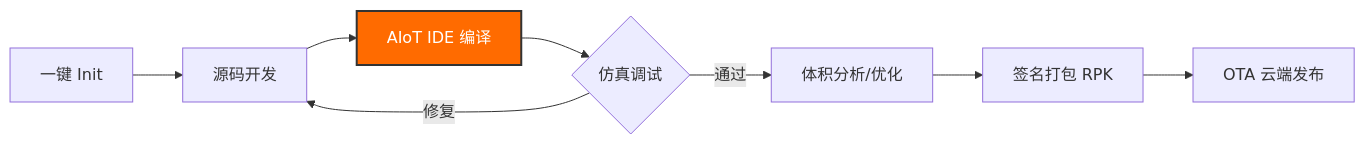
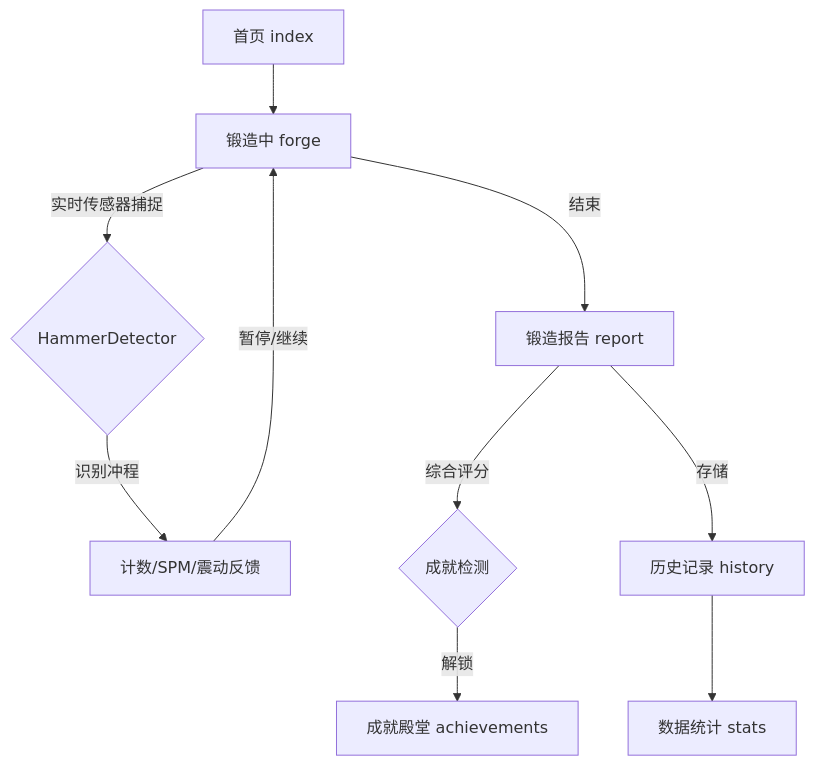
One commit to Rikka06/IronForge changed the diagram in README.md. Above: the diagram before and after it, drawn with Mermaid. The commit also changed other lines of this file and 1 other file, not shown here.

````diff
--- a/README.md
+++ b/README.md
@@ -57,11 +63,12 @@
 ```mermaid
-graph LR
-    A[一键 Init] --> B[源码开发]
-    B --> C[AIoT IDE 编译]
-    C --> D{仿真调试}
-    D -- 修复 --> B
-    D -- 通过 --> E[体积分析/优化]
-    E --> F[签名打包 RPK]
-    F --> G[OTA 云端发布]
-    style C fill:#ff6b00,stroke:#333,stroke-width:2px,color:#fff
+graph TD
+    A[首页 index] --> B[锻造中 forge]
+    B -- 实时传感器捕捉 --> C{HammerDetector}
+    C -- 识别冲程 --> D[计数/SPM/震动反馈]
+    D -- 暂停/继续 --> B
+    B -- 结束 --> E[锻造报告 report]
+    E -- 综合评分 --> F{成就检测}
+    F -- 解锁 --> G[成就殿堂 achievements]
+    E -- 存储 --> H[历史记录 history]
+    H --> I[数据统计 stats]
 ```
````
